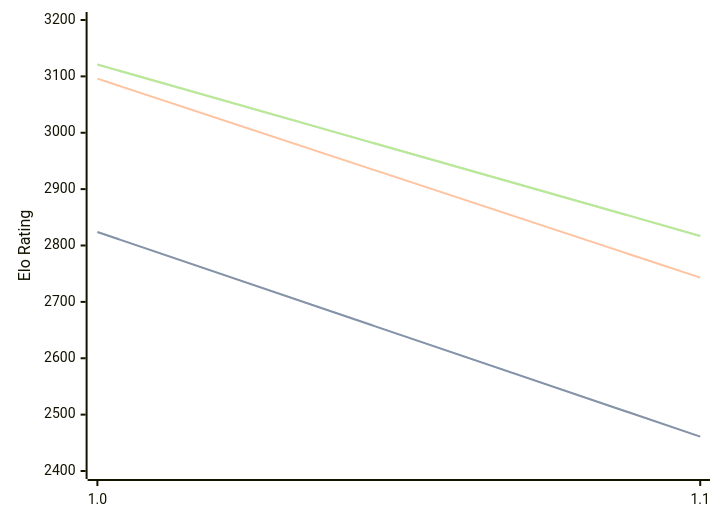
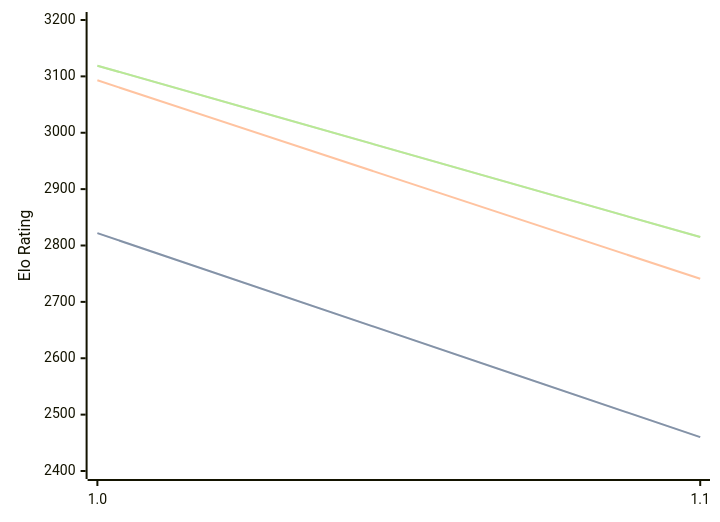
One commit to computer-chess-index/cci changed the diagram in engines/Publius.md. Above: the diagram before and after it, drawn with Mermaid. The commit also changed other lines of this file, not shown here.

Commit message:
Update CCI Ratings (ELO VLTC) - 2026-06-08

````diff
--- a/engines/Publius.md
+++ b/engines/Publius.md
@@ -32,11 +32,11 @@
 ```mermaid
 %%{init: {"theme":"base","themeVariables":{"seriesColors:['#a3a3a3','#222221','#faa371']}}}%%
 xychart-beta
   x-axis ["1.0", "1.1"]
   y-axis "Elo Rating" 2400 --> 3200
-  line "STC (8.0+0.08s)" [2824, 2461]
-  line "STC (8.0+0.08s)" [2824, 2461]
-  line "LTC (60.0+0.60s)" [3096, 2743]
-  line "VLTC (2m24s+1.12s)" [3121, 2817]
-  line "VLTC (2m24s+1.12s)" [3121, 2817]
+  line "STC (8.0+0.08s)" [2822, 2460]
+  line "STC (8.0+0.08s)" [2822, 2460]
+  line "LTC (60.0+0.60s)" [3093, 2741]
+  line "VLTC (2m24s+1.12s)" [3119, 2815]
+  line "VLTC (2m24s+1.12s)" [3119, 2815]
 ```
````
